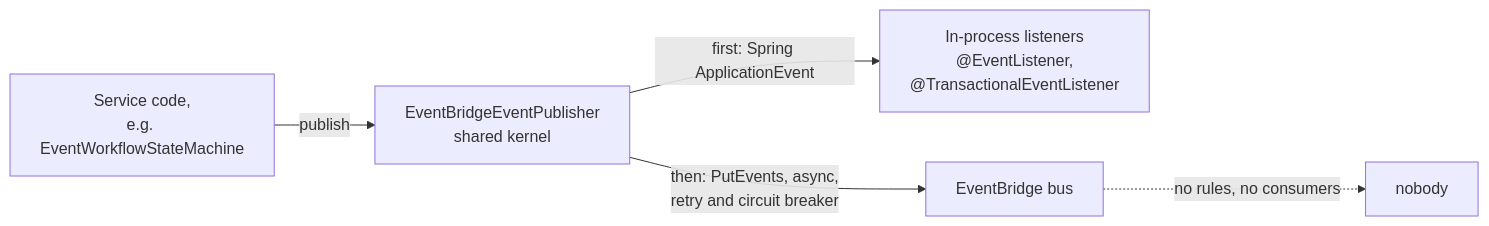
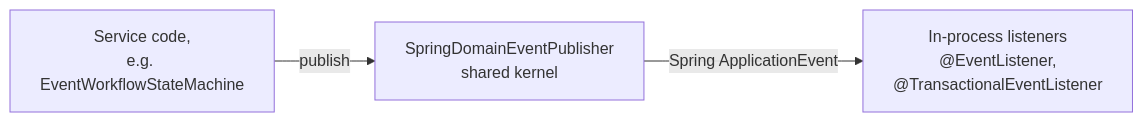
Diagram 18 of 18 in docs/architecture/03-data-architecture.md (nissimbuchs/BATbern2), drawn with Mermaid before and after one commit. The commit also changed other lines of this file and 392 other files, not shown here.

First line of the commit message:
feat(architecture): Epic 17 first batch: test fidelity, dead surface removed, API and module gates (17.0a-17.5, 17.3b) (#1258)

````diff
--- a/docs/architecture/03-data-architecture.md
+++ b/docs/architecture/03-data-architecture.md
@@ -1268,7 +1264,5 @@
 ```mermaid
 flowchart LR
-    SVC["Service code,<br/>e.g. EventWorkflowStateMachine"] -->|"publish"| PUB["EventBridgeEventPublisher<br/>shared kernel"]
-    PUB -->|"first: Spring ApplicationEvent"| LST["In-process listeners<br/>@EventListener,<br/>@TransactionalEventListener"]
-    PUB -->|"then: PutEvents, async,<br/>retry and circuit breaker"| EB["EventBridge bus"]
-    EB -.->|"no rules, no consumers"| NONE["nobody"]
+    SVC["Service code,<br/>e.g. EventWorkflowStateMachine"] -->|"publish"| PUB["SpringDomainEventPublisher<br/>shared kernel"]
+    PUB -->|"Spring ApplicationEvent"| LST["In-process listeners<br/>@EventListener,<br/>@TransactionalEventListener"]
 ```
````
